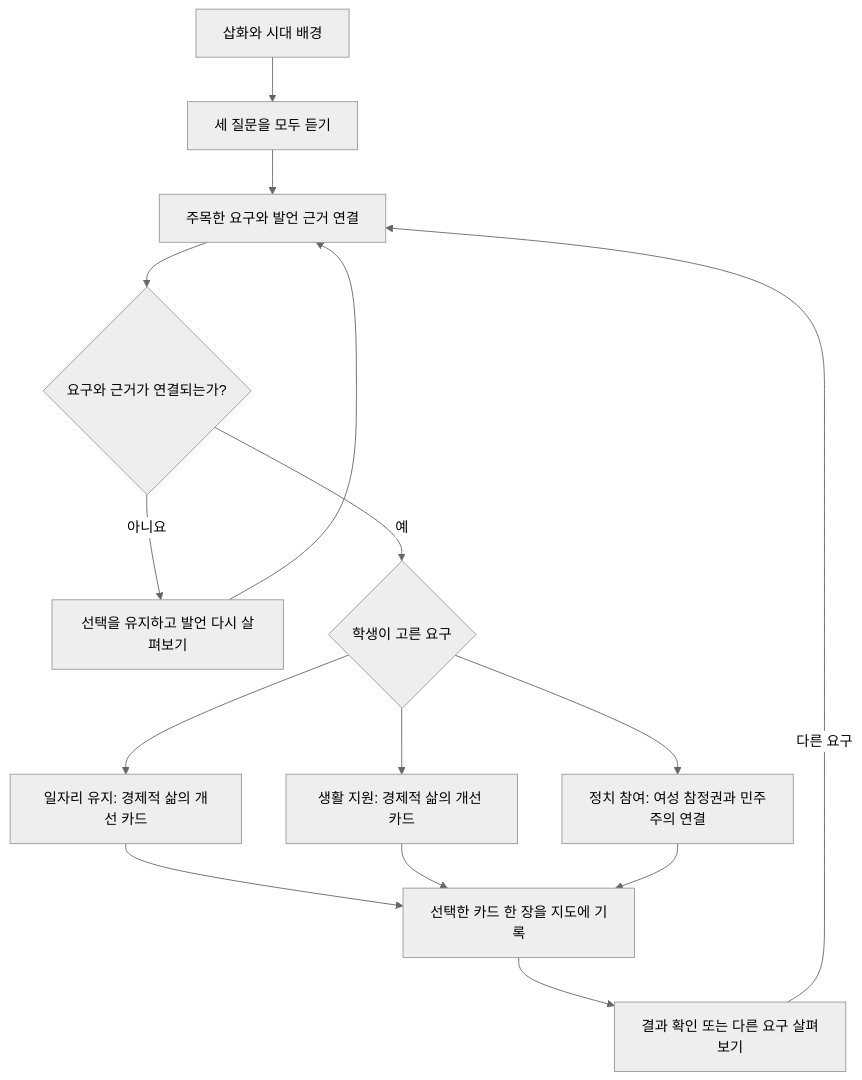
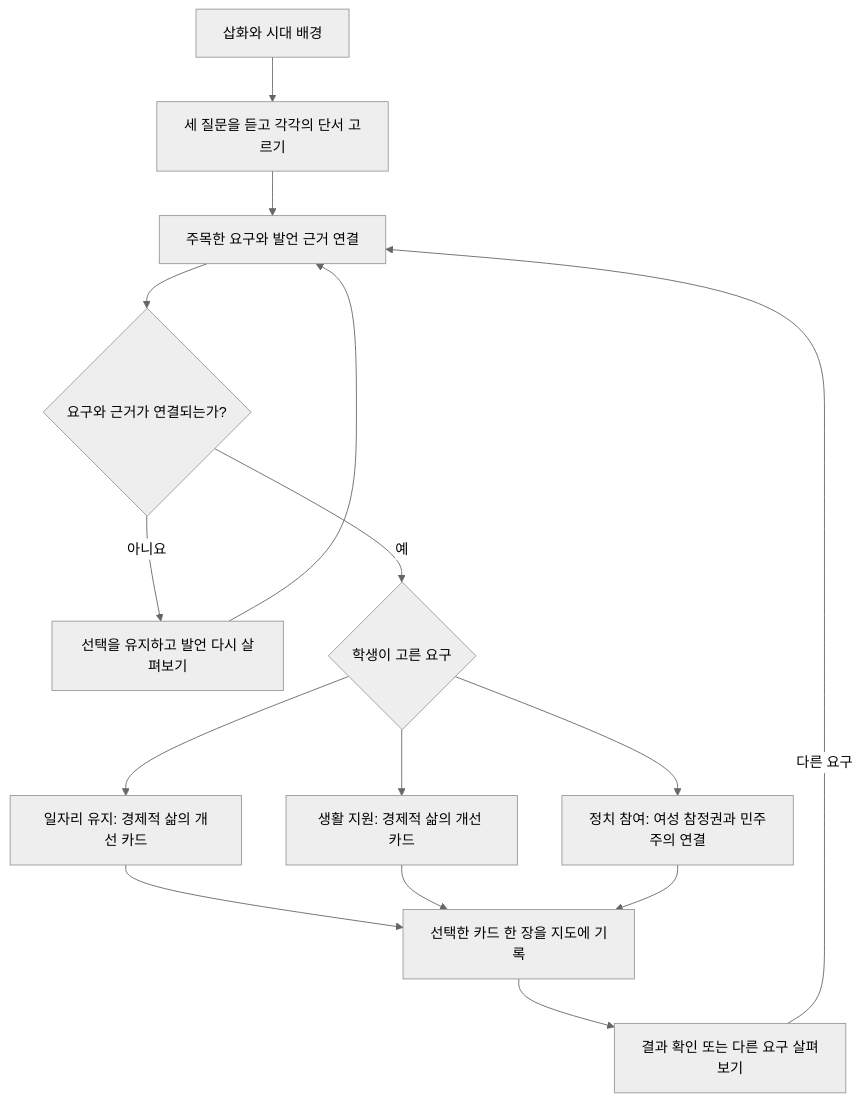
Before and after one commit to bon17/1919choice: the ninth of 10 diagrams in docs/DIAGRAMS.md, drawn with Mermaid (neutral theme). The commit also changed other lines of this file and 12 other files, not shown here.

````diff
--- a/docs/DIAGRAMS.md
+++ b/docs/DIAGRAMS.md
@@ -170,17 +166,17 @@
 ```mermaid
 flowchart TD
-    A[삽화와 시대 배경] --> B[세 질문을 모두 듣기]
+    A[삽화와 시대 배경] --> B[세 질문을 듣고 각각의 단서 고르기]
     B --> C[주목한 요구와 발언 근거 연결]
     C --> D{요구와 근거가 연결되는가?}
     D -- 아니요 --> E[선택을 유지하고 발언 다시 살펴보기]
     E --> C
     D -- 예 --> F{학생이 고른 요구}
     F --> G[일자리 유지: 경제적 삶의 개선 카드]
     F --> H[생활 지원: 경제적 삶의 개선 카드]
     F --> I[정치 참여: 여성 참정권과 민주주의 연결]
     G --> J[선택한 카드 한 장을 지도에 기록]
     H --> J
     I --> J
     J --> K[결과 확인 또는 다른 요구 살펴보기]
     K -- 다른 요구 --> C
 ```
````
